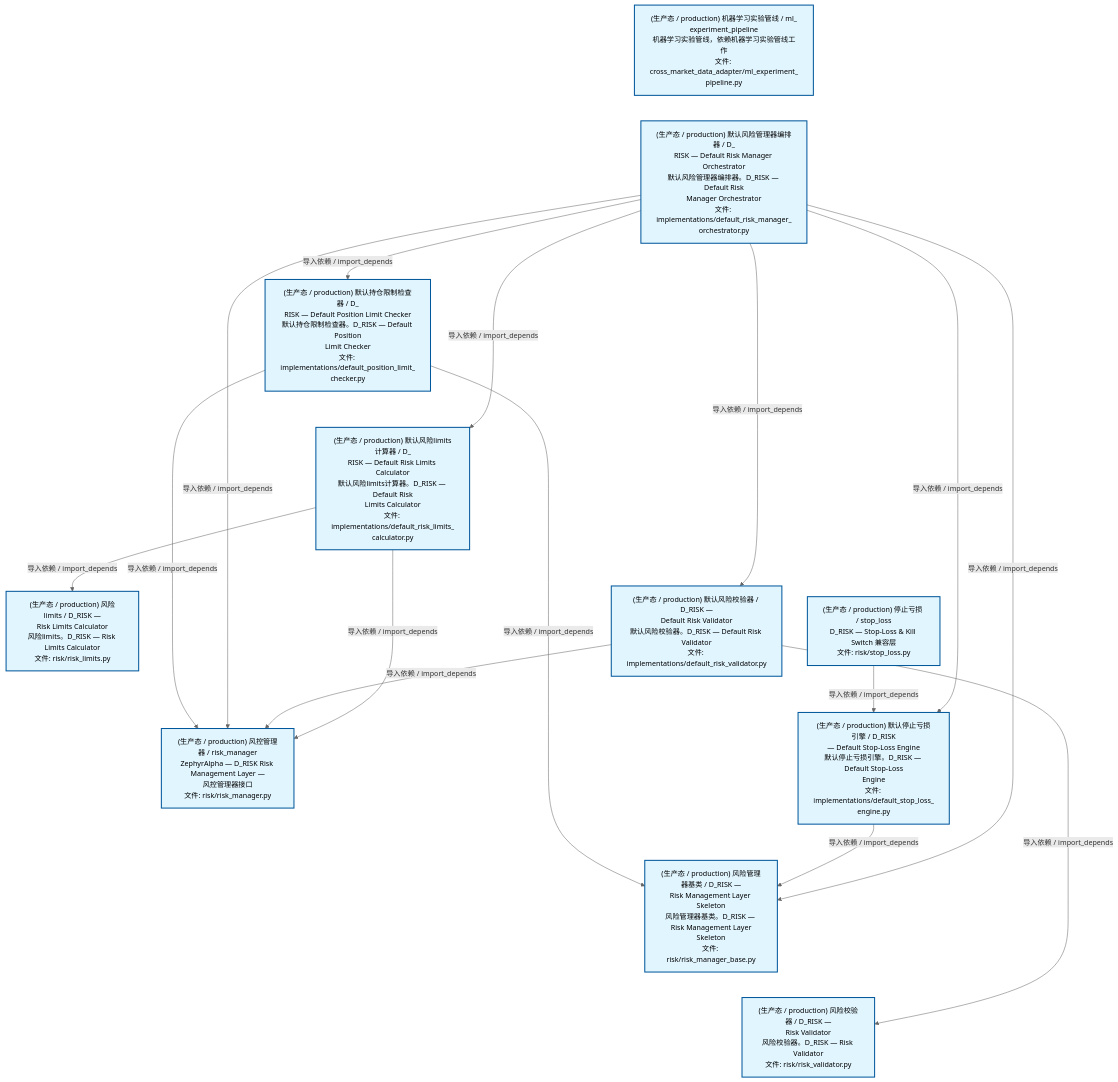
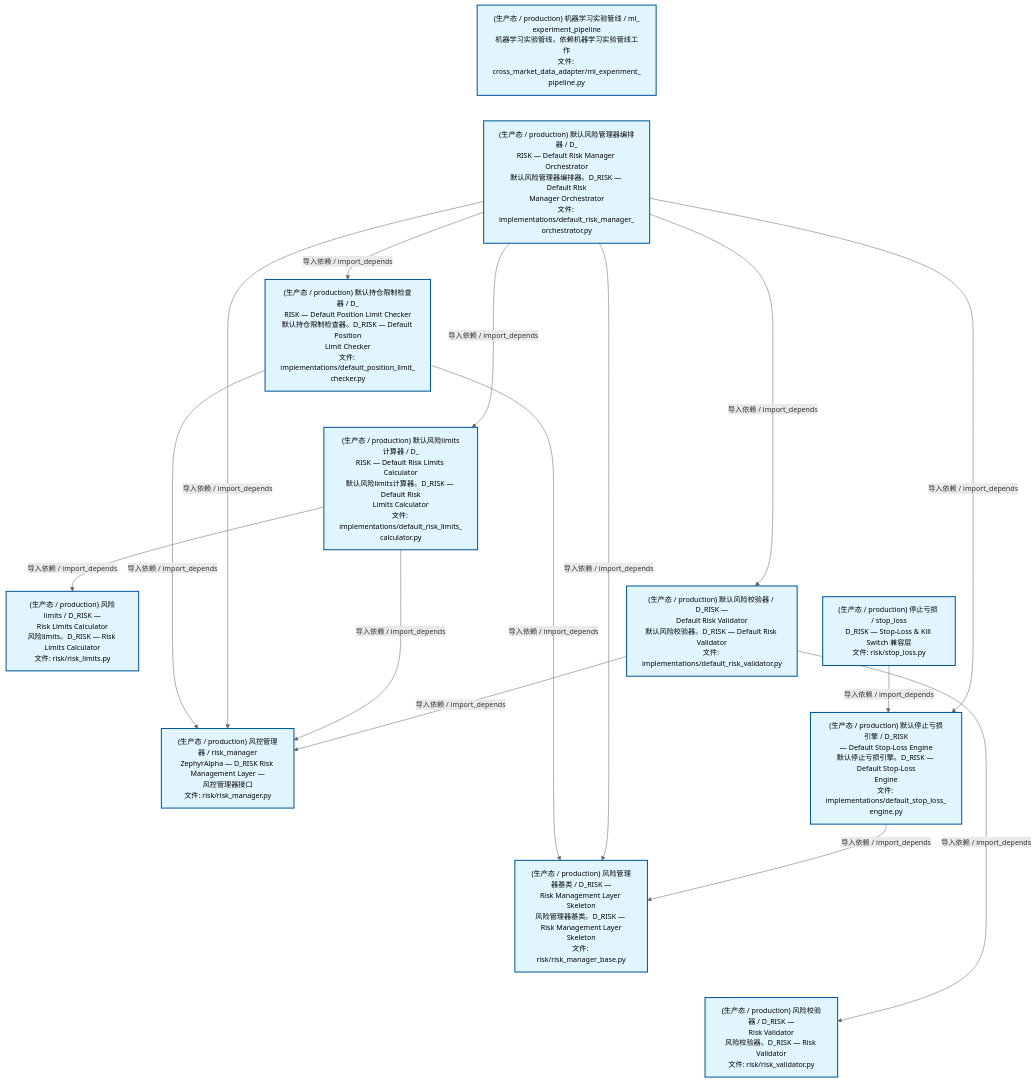
One commit to xuanFelixVan/ZephyrAlpha changed the second of 4 diagrams in docs/02_enterprise_architecture/02_domain_architecture_docs/65_d_risk.md. Above: the diagram before and after it, drawn with Mermaid. The commit also changed other lines of this file and 78 other files, not shown here.

````diff
--- a/docs/02_enterprise_architecture/02_domain_architecture_docs/65_d_risk.md
+++ b/docs/02_enterprise_architecture/02_domain_architecture_docs/65_d_risk.md
@@ -134,42 +134,42 @@
 ```mermaid
 %%{init: {'theme': 'base', 'themeVariables': {'primaryColor': '#eaeaea', 'primaryTextColor': '#333333', 'primaryBorderColor': '#666666', 'lineColor': '#666666', 'secondaryColor': '#eaeaea', 'tertiaryColor': '#eaeaea', 'fontSize': '14px'}}}%%
 flowchart TD
     src_zephyr_risk_cross_asset_cross_market_data_adapter_ml_experiment_pipeline_py["(生产态 / production) 机器学习实验管线 / ml_<br/>experiment_pipeline<br/>机器学习实验管线，依赖机器学习实验管线工作<br/>文件: cross_market_data_adapter/ml_experiment_<br/>pipeline.py"]
     src_zephyr_risk_implementations_default_risk_manager_orchestrator_py["(生产态 / production) 默认风险管理器编排器 / D_<br/>RISK — Default Risk Manager Orchestrator<br/>默认风险管理器编排器。D_RISK — Default Risk<br/>Manager Orchestrator<br/>文件: implementations/default_risk_manager_<br/>orchestrator.py"]
     src_zephyr_risk_stop_loss_py["(生产态 / production) 停止亏损 / stop_loss<br/>D_RISK — Stop-Loss & Kill Switch 兼容层<br/>文件: risk/stop_loss.py"]
     src_zephyr_risk_cross_asset_cross_market_data_adapter_ml_experiment_pipeline_py ~~~ src_zephyr_risk_implementations_default_risk_manager_orchestrator_py
     src_zephyr_risk_implementations_default_risk_manager_orchestrator_py ~~~ src_zephyr_risk_stop_loss_py
     src_zephyr_risk_implementations_default_position_limit_checker_py["(生产态 / production) 默认持仓限制检查器 / D_<br/>RISK — Default Position Limit Checker<br/>默认持仓限制检查器。D_RISK — Default Position<br/>Limit Checker<br/>文件: implementations/default_position_limit_<br/>checker.py"]
     src_zephyr_risk_implementations_default_risk_limits_calculator_py["(生产态 / production) 默认风险limits计算器 / D_<br/>RISK — Default Risk Limits Calculator<br/>默认风险limits计算器。D_RISK — Default Risk<br/>Limits Calculator<br/>文件: implementations/default_risk_limits_<br/>calculator.py"]
     src_zephyr_risk_implementations_default_risk_validator_py["(生产态 / production) 默认风险校验器 / D_RISK —<br/>Default Risk Validator<br/>默认风险校验器。D_RISK — Default Risk Validator<br/>文件: implementations/default_risk_validator.py"]
     src_zephyr_risk_implementations_default_stop_loss_engine_py["(生产态 / production) 默认停止亏损引擎 / D_RISK<br/>— Default Stop-Loss Engine<br/>默认停止亏损引擎。D_RISK — Default Stop-Loss<br/>Engine<br/>文件: implementations/default_stop_loss_<br/>engine.py"]
     src_zephyr_risk_implementations_default_position_limit_checker_py ~~~ src_zephyr_risk_implementations_default_risk_limits_calculator_py
     src_zephyr_risk_implementations_default_risk_limits_calculator_py ~~~ src_zephyr_risk_implementations_default_risk_validator_py
     src_zephyr_risk_implementations_default_risk_validator_py ~~~ src_zephyr_risk_implementations_default_stop_loss_engine_py
     src_zephyr_risk_risk_limits_py["(生产态 / production) 风险limits / D_RISK —<br/>Risk Limits Calculator<br/>风险limits。D_RISK — Risk Limits Calculator<br/>文件: risk/risk_limits.py"]
     src_zephyr_risk_risk_manager_py["(生产态 / production) 风控管理器 / risk_manager<br/>ZephyrAlpha — D_RISK Risk Management Layer —<br/>风控管理器接口<br/>文件: risk/risk_manager.py"]
     src_zephyr_risk_risk_manager_base_py["(生产态 / production) 风险管理器基类 / D_RISK —<br/>Risk Management Layer Skeleton<br/>风险管理器基类。D_RISK — Risk Management Layer<br/>Skeleton<br/>文件: risk/risk_manager_base.py"]
     src_zephyr_risk_risk_validator_py["(生产态 / production) 风险校验器 / D_RISK —<br/>Risk Validator<br/>风险校验器。D_RISK — Risk Validator<br/>文件: risk/risk_validator.py"]
     src_zephyr_risk_risk_limits_py ~~~ src_zephyr_risk_risk_manager_py
     src_zephyr_risk_risk_manager_py ~~~ src_zephyr_risk_risk_manager_base_py
     src_zephyr_risk_risk_manager_base_py ~~~ src_zephyr_risk_risk_validator_py
     src_zephyr_risk_stop_loss_py -->|导入依赖 / import_depends| src_zephyr_risk_implementations_default_stop_loss_engine_py
+    src_zephyr_risk_implementations_default_position_limit_checker_py -->|导入依赖 / import_depends| src_zephyr_risk_risk_manager_base_py
     src_zephyr_risk_implementations_default_position_limit_checker_py -->|导入依赖 / import_depends| src_zephyr_risk_risk_manager_py
-    src_zephyr_risk_implementations_default_position_limit_checker_py -->|导入依赖 / import_depends| src_zephyr_risk_risk_manager_base_py
-    src_zephyr_risk_implementations_default_stop_loss_engine_py -->|导入依赖 / import_depends| src_zephyr_risk_risk_manager_base_py
+    src_zephyr_risk_implementations_default_risk_manager_orchestrator_py -->|导入依赖 / import_depends| src_zephyr_risk_risk_manager_base_py
     src_zephyr_risk_implementations_default_risk_manager_orchestrator_py -->|导入依赖 / import_depends| src_zephyr_risk_risk_manager_py
-    src_zephyr_risk_implementations_default_risk_manager_orchestrator_py -->|导入依赖 / import_depends| src_zephyr_risk_risk_manager_base_py
     src_zephyr_risk_implementations_default_risk_manager_orchestrator_py -->|导入依赖 / import_depends| src_zephyr_risk_implementations_default_position_limit_checker_py
+    src_zephyr_risk_implementations_default_risk_manager_orchestrator_py -->|导入依赖 / import_depends| src_zephyr_risk_implementations_default_risk_limits_calculator_py
     src_zephyr_risk_implementations_default_risk_manager_orchestrator_py -->|导入依赖 / import_depends| src_zephyr_risk_implementations_default_stop_loss_engine_py
     src_zephyr_risk_implementations_default_risk_manager_orchestrator_py -->|导入依赖 / import_depends| src_zephyr_risk_implementations_default_risk_validator_py
-    src_zephyr_risk_implementations_default_risk_manager_orchestrator_py -->|导入依赖 / import_depends| src_zephyr_risk_implementations_default_risk_limits_calculator_py
-    src_zephyr_risk_implementations_default_risk_validator_py -->|导入依赖 / import_depends| src_zephyr_risk_risk_manager_py
-    src_zephyr_risk_implementations_default_risk_validator_py -->|导入依赖 / import_depends| src_zephyr_risk_risk_validator_py
     src_zephyr_risk_implementations_default_risk_limits_calculator_py -->|导入依赖 / import_depends| src_zephyr_risk_risk_limits_py
     src_zephyr_risk_implementations_default_risk_limits_calculator_py -->|导入依赖 / import_depends| src_zephyr_risk_risk_manager_py
+    src_zephyr_risk_implementations_default_stop_loss_engine_py -->|导入依赖 / import_depends| src_zephyr_risk_risk_manager_base_py
+    src_zephyr_risk_implementations_default_risk_validator_py -->|导入依赖 / import_depends| src_zephyr_risk_risk_validator_py
+    src_zephyr_risk_implementations_default_risk_validator_py -->|导入依赖 / import_depends| src_zephyr_risk_risk_manager_py
     classDef production fill:#e1f5fe,stroke:#01579b,stroke-width:2px,color:#000
     classDef design fill:#fff3e0,stroke:#e65100,stroke-width:2px,color:#000,stroke-dasharray: 5 5
     classDef external_prod fill:#e8f4fd,stroke:#0277bd,stroke-width:1px,color:#000
     classDef external_design fill:#fff8e7,stroke:#ef6c00,stroke-width:1px,color:#000,stroke-dasharray: 5 5
     class src_zephyr_risk_cross_asset_cross_market_data_adapter_ml_experiment_pipeline_py,src_zephyr_risk_implementations_default_position_limit_checker_py,src_zephyr_risk_implementations_default_risk_limits_calculator_py,src_zephyr_risk_implementations_default_risk_manager_orchestrator_py,src_zephyr_risk_implementations_default_risk_validator_py,src_zephyr_risk_implementations_default_stop_loss_engine_py,src_zephyr_risk_risk_limits_py,src_zephyr_risk_risk_manager_py,src_zephyr_risk_risk_manager_base_py,src_zephyr_risk_risk_validator_py,src_zephyr_risk_stop_loss_py production
 ```
````
